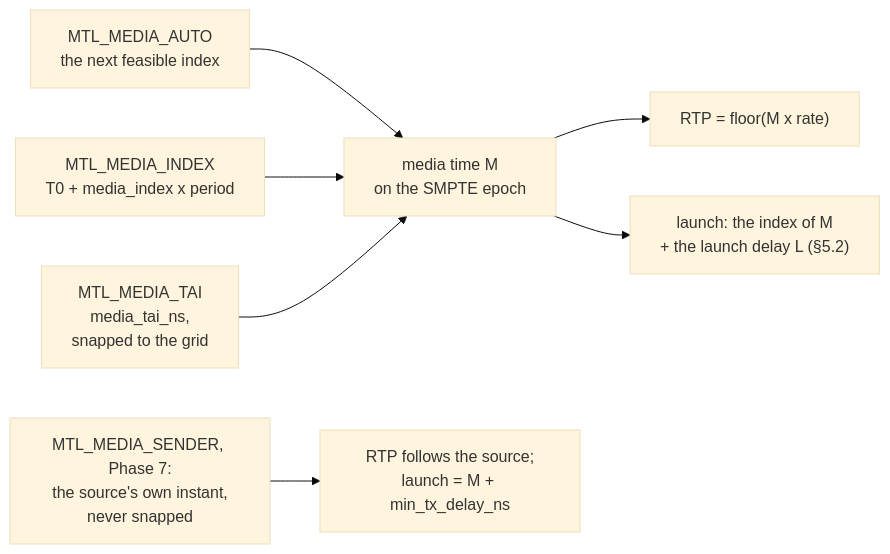
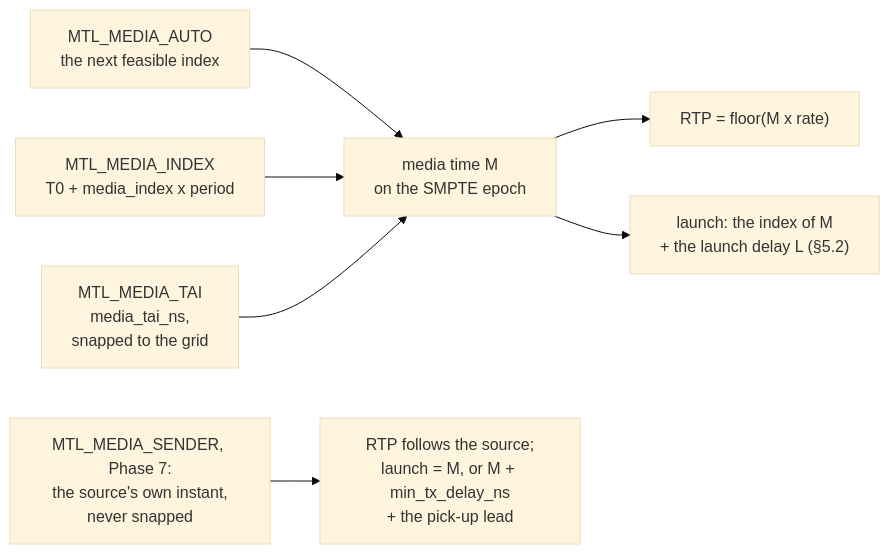
One commit to OpenVisualCloud/Media-Transport-Library changed the second of 7 diagrams in doc/unified-api/timing.md. Above: the diagram before and after it, drawn with Mermaid (base theme). The commit also changed other lines of this file and 58 other files, not shown here.

````diff
--- a/doc/unified-api/timing.md
+++ b/doc/unified-api/timing.md
@@ -414,9 +501,9 @@
 ```mermaid
 flowchart LR
     AUTO["MTL_MEDIA_AUTO<br/>the next feasible index"] --> M["media time M<br/>on the SMPTE epoch"]
     IDX["MTL_MEDIA_INDEX<br/>T0 + media_index x period"] --> M
     TAI["MTL_MEDIA_TAI<br/>media_tai_ns,<br/>snapped to the grid"] --> M
     M --> RTP["RTP = floor(M x rate)"]
     M --> LA["launch: the index of M<br/>+ the launch delay L (§5.2)"]
-    SND["MTL_MEDIA_SENDER, Phase 7:<br/>the source's own instant,<br/>never snapped"] --> RS["RTP follows the source;<br/>launch = M + min_tx_delay_ns"]
+    SND["MTL_MEDIA_SENDER, Phase 7:<br/>the source's own instant,<br/>never snapped"] --> RS["RTP follows the source;<br/>launch = M, or M + min_tx_delay_ns<br/>+ the pick-up lead"]
 ```
````
